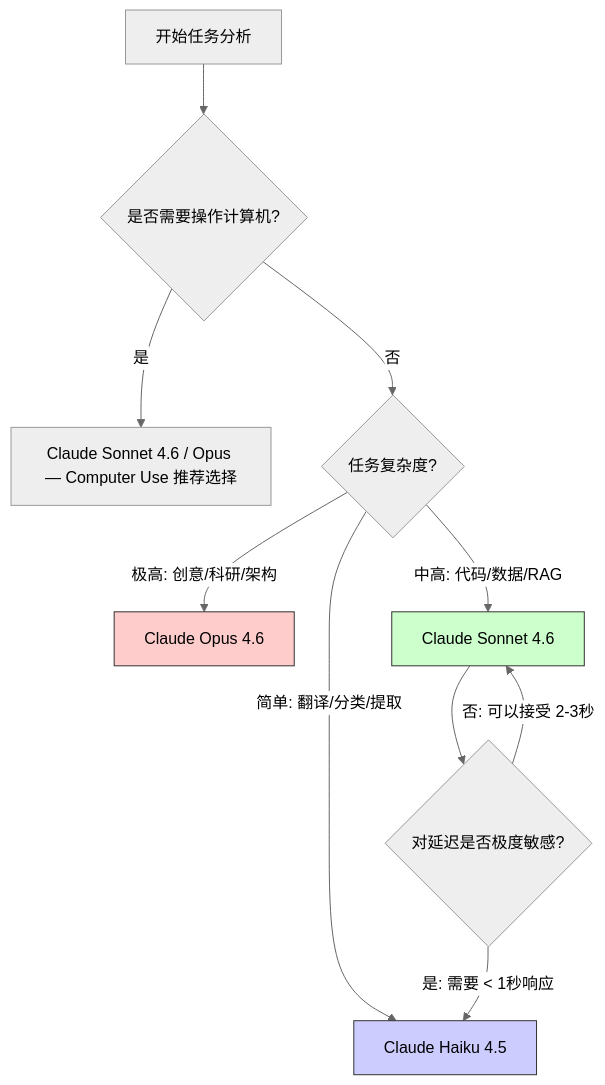
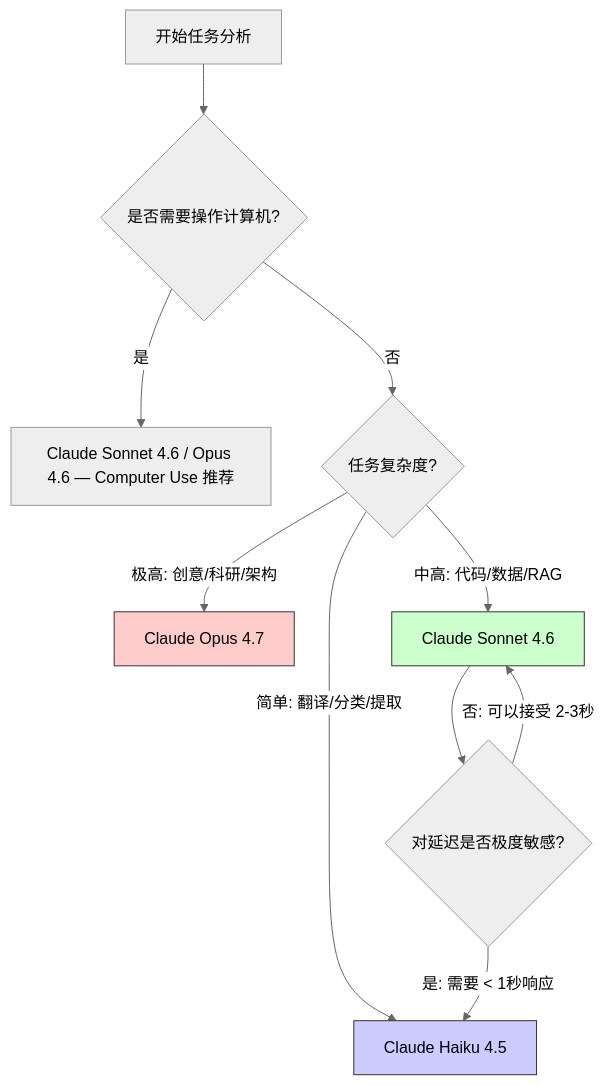
The first of 2 diagrams in 01_intro/1.4_model_selection.md (yeasy/claude_guide), drawn with Mermaid (neutral theme) before and after one commit. The commit also changed other lines of this file and 9 other files, not shown here.

````diff
--- a/01_intro/1.4_model_selection.md
+++ b/01_intro/1.4_model_selection.md
@@ -17,18 +17,18 @@
 ```mermaid
 graph TD
     Start["开始任务分析"] --> Q1{"是否需要操作计算机?"}
-    Q1 -- "是" --> OpCS["Claude Sonnet 4.6 / Opus — Computer Use 推荐选择"]
+    Q1 -- "是" --> OpCS["Claude Sonnet 4.6 / Opus 4.6 — Computer Use 推荐"]
     Q1 -- "否" --> Q2{"任务复杂度?"}
 
-    Q2 -- "极高: 创意/科研/架构" --> Opus["Claude Opus 4.6"]
+    Q2 -- "极高: 创意/科研/架构" --> Opus["Claude Opus 4.7"]
     Q2 -- "中高: 代码/数据/RAG" --> Sonnet["Claude Sonnet 4.6"]
     Q2 -- "简单: 翻译/分类/提取" --> Haiku["Claude Haiku 4.5"]
 
     Sonnet --> Q3{"对延迟是否极度敏感?"}
     Q3 -- "是: 需要 < 1秒响应" --> Haiku
     Q3 -- "否: 可以接受 2-3秒" --> Sonnet
 
     style Opus fill:#ffcccc,stroke:#333
     style Sonnet fill:#ccffcc,stroke:#333
     style Haiku fill:#ccccff,stroke:#333
 ```
````
